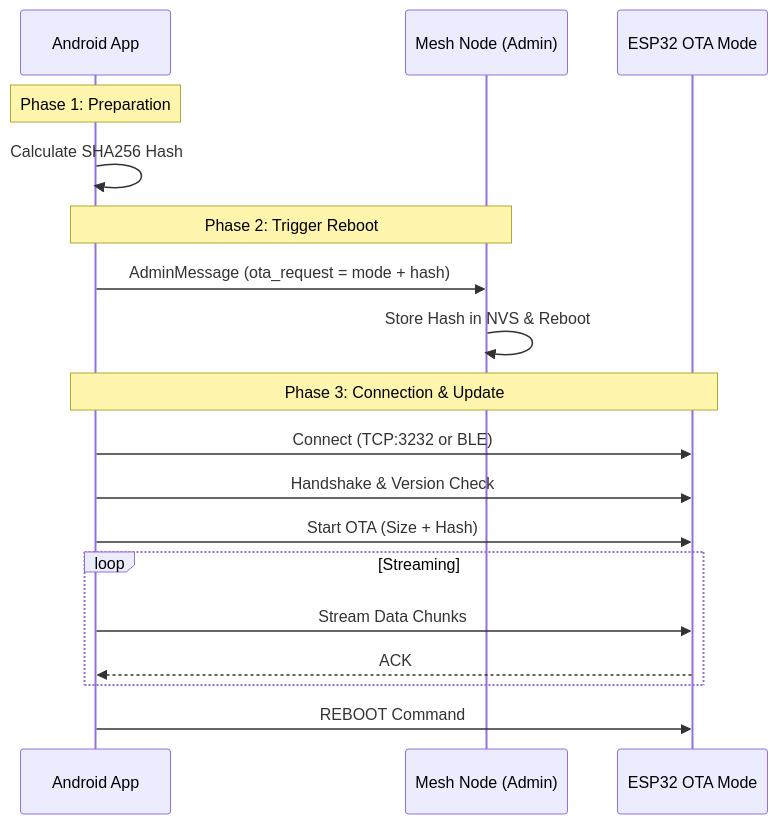
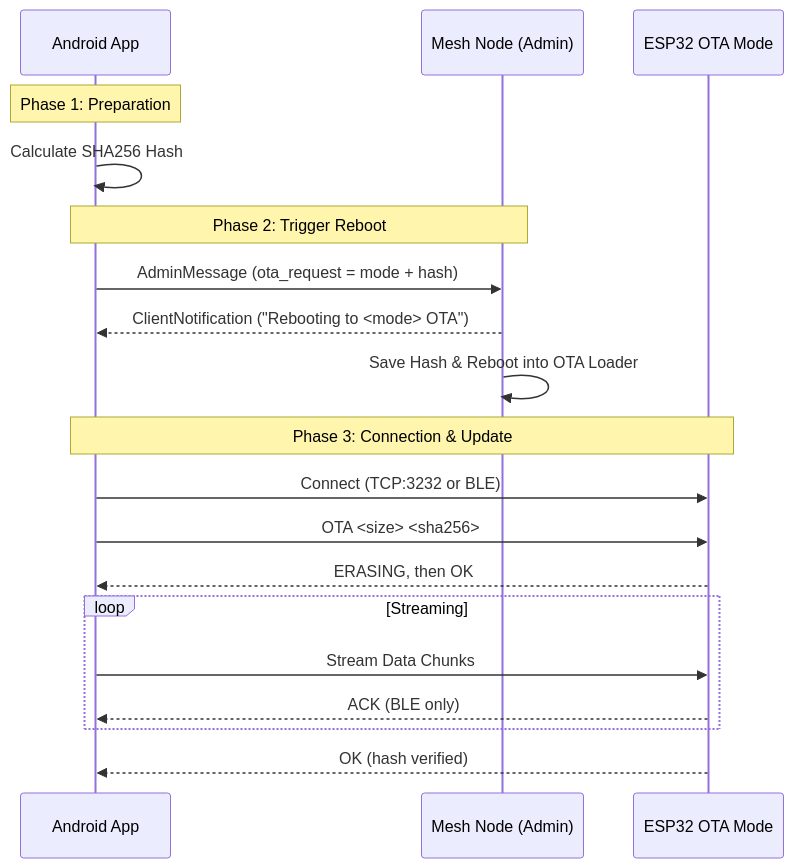
The first of 5 diagrams in feature/firmware/README.md (meshtastic/Meshtastic-Android), drawn with Mermaid before and after one commit. The commit also changed other lines of this file and 108 other files, not shown here.

````diff
--- a/feature/firmware/README.md
+++ b/feature/firmware/README.md
@@ -19,23 +20,24 @@
 ```mermaid
 sequenceDiagram
     participant App as Android App
     participant Radio as Mesh Node (Admin)
     participant OTA as ESP32 OTA Mode
 
     Note over App: Phase 1: Preparation
     App->>App: Calculate SHA256 Hash
 
     Note over App, Radio: Phase 2: Trigger Reboot
     App->>Radio: AdminMessage (ota_request = mode + hash)
-    Radio->>Radio: Store Hash in NVS & Reboot
+    Radio-->>App: ClientNotification ("Rebooting to <mode> OTA")
+    Radio->>Radio: Save Hash & Reboot into OTA Loader
 
     Note over App, OTA: Phase 3: Connection & Update
     App->>OTA: Connect (TCP:3232 or BLE)
-    App->>OTA: Handshake & Version Check
-    App->>OTA: Start OTA (Size + Hash)
+    App->>OTA: OTA <size> <sha256>
+    OTA-->>App: ERASING, then OK
     loop Streaming
         App->>OTA: Stream Data Chunks
-        OTA-->>App: ACK
+        OTA-->>App: ACK (BLE only)
     end
-    App->>OTA: REBOOT Command
+    OTA-->>App: OK (hash verified)
 ```
````
